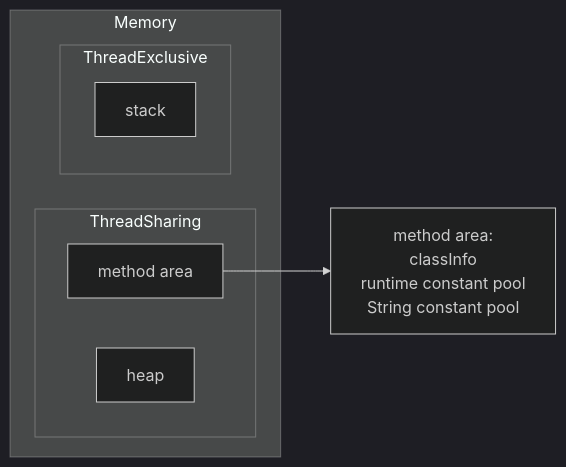
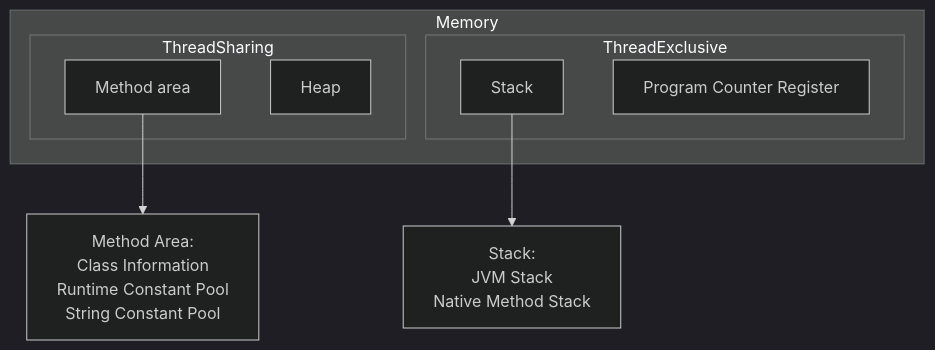
One commit to Aurora0201/Ubuntu changed the second of 2 diagrams in Notes/JavaSummary.md. Above: the diagram before and after it, drawn with Mermaid. The commit also changed other lines of this file, not shown here.

````diff
--- a/Notes/JavaSummary.md
+++ b/Notes/JavaSummary.md
@@ -493,17 +497,18 @@
-    ```mermaid
-    %%{init:{'theme':'dark'}}%%
-    flowchart LR
-    subgraph Memory
-    	subgraph ThreadSharing
-    		m[method area]
-    		h[heap]
-    	end
-    	
-    	subgraph ThreadExclusive
-    		s[stack]
-    	end
-    	
-    end
-    m1[method area:<br>classInfo<br>runtime constant pool<br>String constant pool]
-    m-->m1
-    ```
+```mermaid
+%%{init:{'theme':'dark'}}%%
+flowchart TB
+subgraph Memory
+	subgraph ThreadSharing
+		m[Method area]
+		h[Heap]
+	end
+	subgraph ThreadExclusive
+		s[Stack]
+		p[Program Counter Register]
+	end
+end
+m1[Method Area:<br>Class Information<br>Runtime Constant Pool<br>String Constant Pool]
+s1[Stack:<br>JVM Stack<br>Native Method Stack]
+m-->m1
+s-->s1
+```
````
